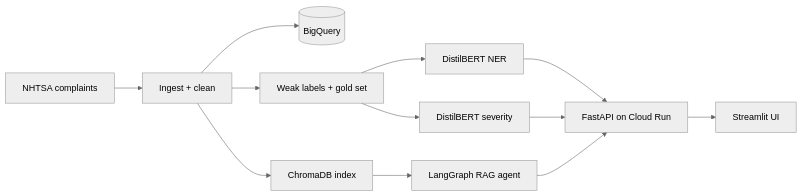
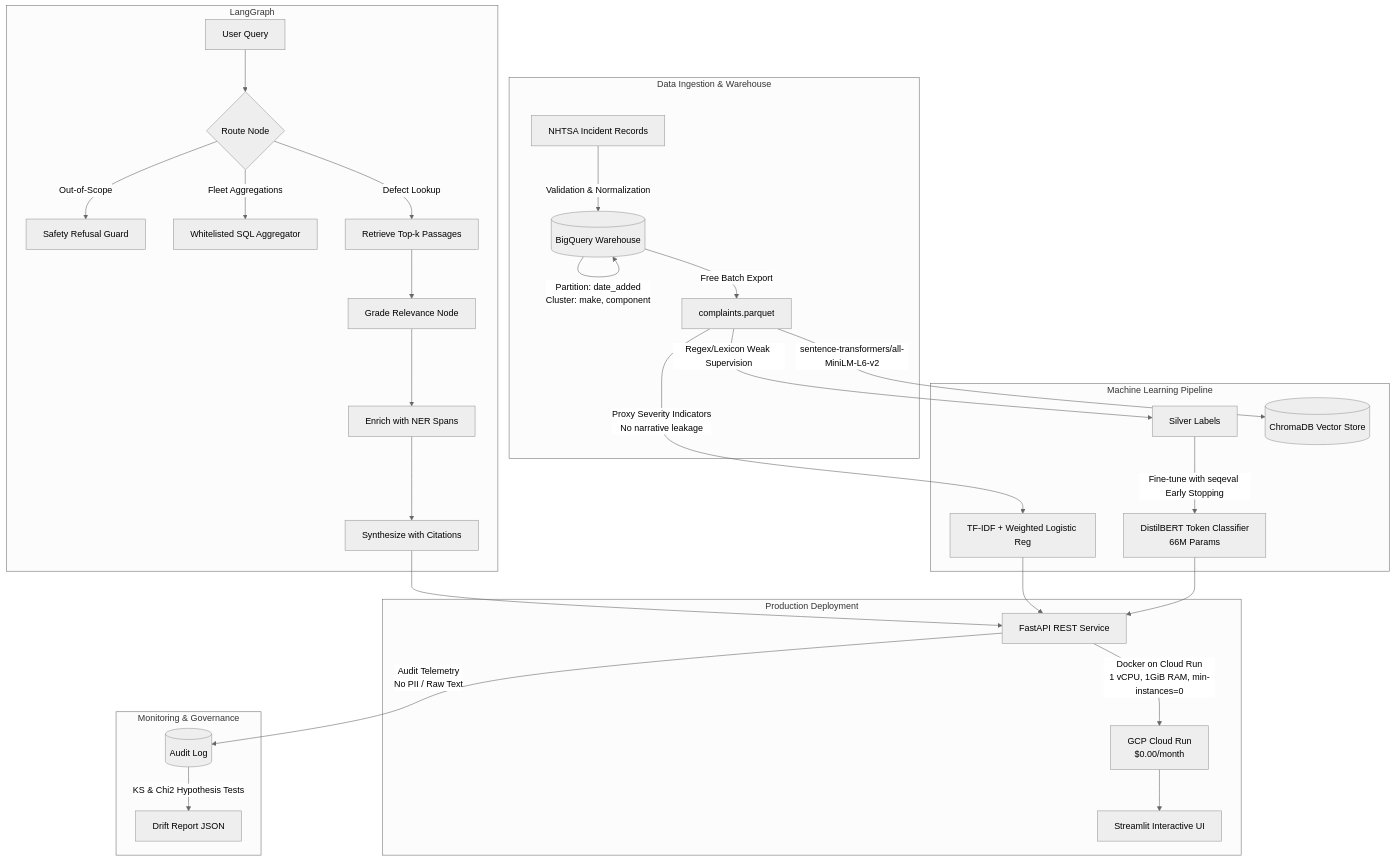
The diagram in README.md (devdasrahul/autovoice), drawn with Mermaid (neutral theme) before and after one commit. The commit also changed other lines of this file and 34 other files, not shown here.

Commit message:
feat(autovoice): complete Phases 6-10 (FastAPI, Streamlit UI, Cloud Run deployment, drift monitoring, Colab notebooks with auto-download, docs)

````diff
--- a/README.md
+++ b/README.md
@@ -11,9 +19,36 @@
 ```mermaid
-flowchart LR
-  A[NHTSA complaints] --> B[Ingest + clean] --> C[(BigQuery)]
-  B --> D[Weak labels + gold set] --> E[DistilBERT NER]
-  D --> F[DistilBERT severity]
-  B --> G[ChromaDB index] --> H[LangGraph RAG agent]
-  E & F & H --> I[FastAPI on Cloud Run]
-  I --> J[Streamlit UI]
+flowchart TD
+    subgraph Data Ingestion & Warehouse
+        A[NHTSA Incident Records] -->|Validation & Normalization| B[(BigQuery Warehouse)]
+        B -->|Partition: date_added<br>Cluster: make, component| B
+        B -->|Free Batch Export| C[complaints.parquet]
+    end
+
+    subgraph Machine Learning Pipeline
+        C -->|Regex/Lexicon Weak Supervision| D[Silver Labels]
+        D -->|Fine-tune with seqeval Early Stopping| E[DistilBERT Token Classifier<br>66M Params]
+        C -->|Proxy Severity Indicators<br>No narrative leakage| F[TF-IDF + Weighted Logistic Reg]
+        C -->|sentence-transformers/all-MiniLM-L6-v2| G[(ChromaDB Vector Store)]
+    end
+
+    subgraph Agentic RAG Layer [LangGraph]
+        H[User Query] --> I{Route Node}
+        I -->|Out-of-Scope| J[Safety Refusal Guard]
+        I -->|Fleet Aggregations| K[Whitelisted SQL Aggregator]
+        I -->|Defect Lookup| L[Retrieve Top-k Passages]
+        L --> M[Grade Relevance Node]
+        M --> N[Enrich with NER Spans]
+        N --> O[Synthesize with Citations]
+    end
+
+    subgraph Production Deployment
+        E & F & O --> P[FastAPI REST Service]
+        P -->|Docker on Cloud Run<br>1 vCPU, 1GiB RAM, min-instances=0| Q[GCP Cloud Run<br>$0.00/month]
+        Q --> R[Streamlit Interactive UI]
+    end
+
+    subgraph Monitoring & Governance
+        P -->|Audit Telemetry<br>No PII / Raw Text| S[(Audit Log)]
+        S -->|KS & Chi2 Hypothesis Tests| T[Drift Report JSON]
+    end
 ```
````
